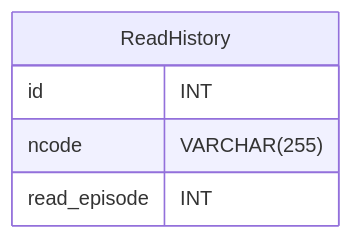
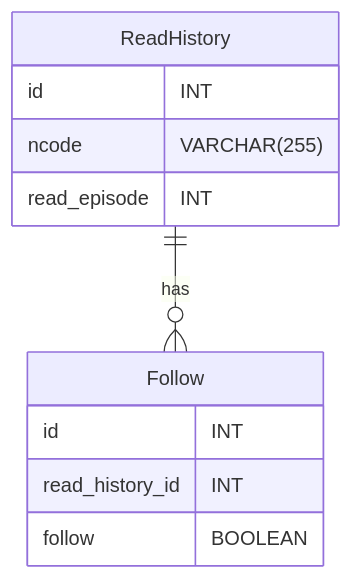
Before and after one commit to watame/mobile_web_novel_reader: the diagram in docs/erd.md, drawn with Mermaid. The commit also changed other lines of this file, not shown here.

Commit message:
お気に入りテーブルを追記しました

````diff
--- a/docs/erd.md
+++ b/docs/erd.md
@@ -11,8 +11,15 @@
 ```mermaid
 erDiagram
-     ReadHistory {
+    ReadHistory {
         id INT
         ncode VARCHAR(255)
         read_episode INT
     }
+    Follow {
+        id INT
+        read_history_id INT
+        follow BOOLEAN
+    }
+    ReadHistory ||--o{ Follow : "has"
+
 ```
````
